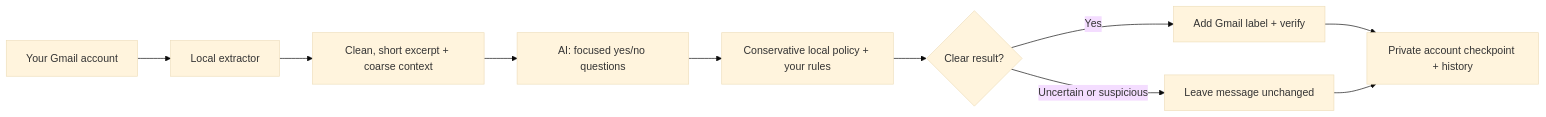
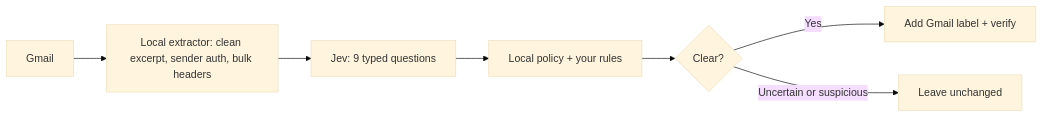
Before and after one commit to shimoverse/inbox-triage: the diagram in README.md, drawn with Mermaid (base theme). The commit also changed other lines of this file and 25 other files, not shown here.

First line of the commit message:
Make Jev the required, sole classifier; DeepSeek assistant for typed notes

````diff
--- a/README.md
+++ b/README.md
@@ -17,12 +25,9 @@
 ```mermaid
 flowchart LR
-    A[Your Gmail account] --> B[Local extractor]
-    B --> C[Clean, short excerpt + coarse context]
-    C --> D[AI: focused yes/no questions]
-    D --> E[Conservative local policy + your rules]
-    E --> F{Clear result?}
-    F -->|Yes| G[Add Gmail label + verify]
-    F -->|Uncertain or suspicious| H[Leave message unchanged]
-    G --> I[Private account checkpoint + history]
-    H --> I
+    A[Gmail] --> B[Local extractor: clean excerpt, sender auth, bulk headers]
+    B --> C[Jev: 9 typed questions]
+    C --> D[Local policy + your rules]
+    D --> E{Clear?}
+    E -->|Yes| F[Add Gmail label + verify]
+    E -->|Uncertain or suspicious| G[Leave unchanged]
 ```
````
